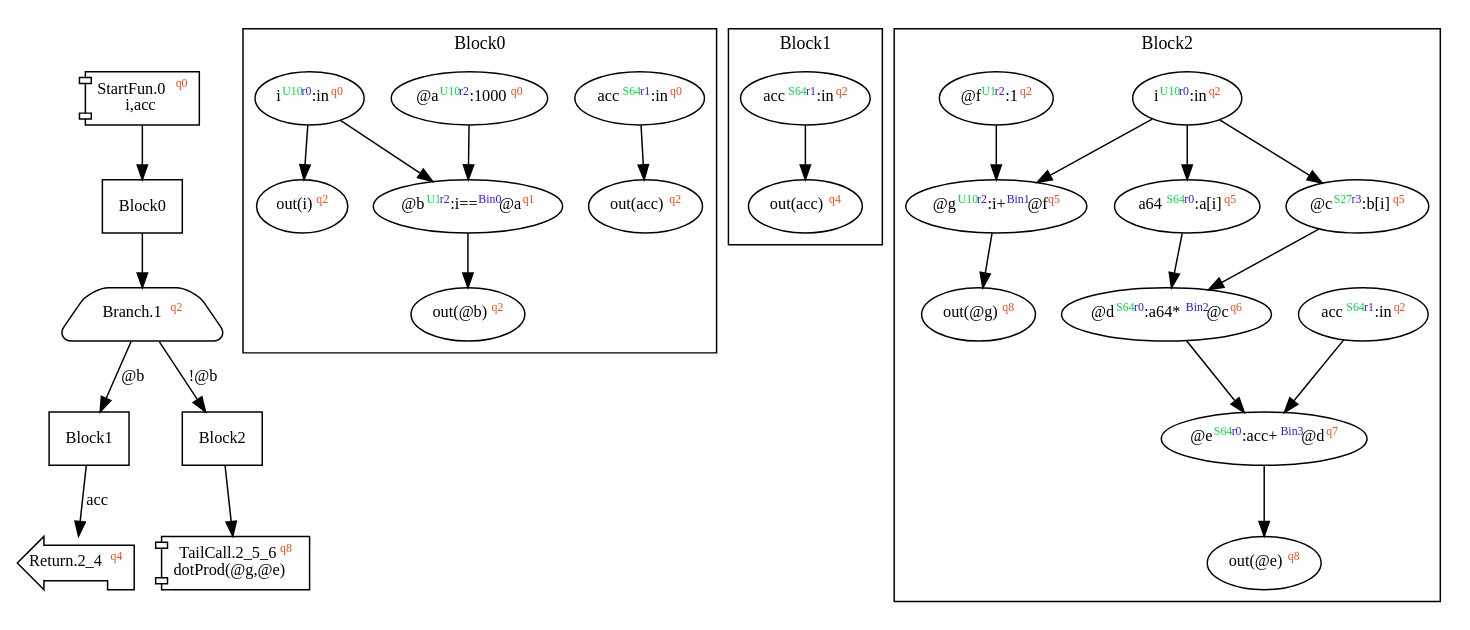
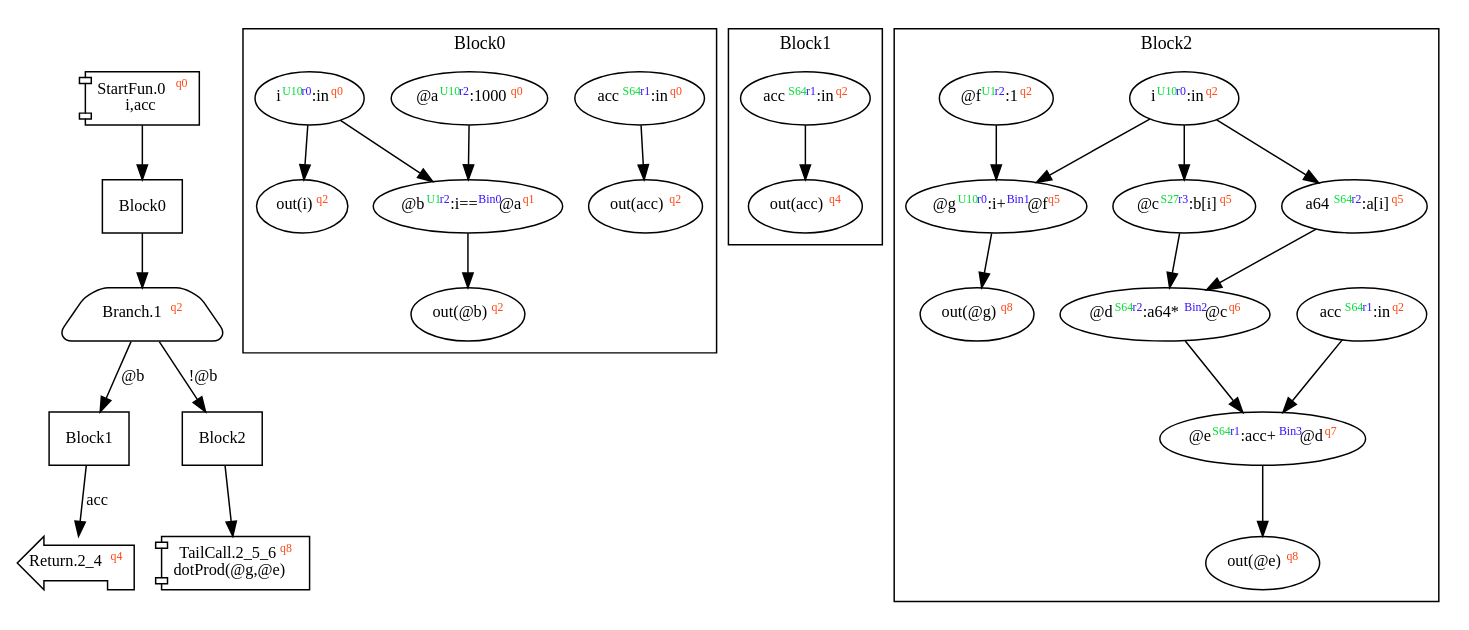
The diagram in dist/dotProd.dot (akouryy/SyntheScala), drawn with Graphviz before and after one commit. The commit also changed 20 other files, not shown here.

Commit message:
Improve GraphDrawer using IndentedStringBuilder

```diff
--- a/dist/dotProd.dot
+++ b/dist/dotProd.dot
@@ -1,46 +1,68 @@
 digraph Program_ {
-graph [fontname = "Monaco", fontsize = 12, ranksep = 0.5];
-node [shape = box, fontname = "Monaco", fontsize = 11; colorscheme = pastel19];
-edge [fontname = "Monaco", fontsize = 11; colorscheme = pastel19];
-Jump0[label = <StartFun.0<font color="#ff4411" point-size="8"><sup>q0</sup></font><br/>i,acc>; shape = component];
-Jump0 -> Block0;
-Jump1[
-  label = <Branch.1<font color="#ff4411" point-size="8"><sup>q2</sup></font>>;
-  shape = trapezium; style = rounded;
-];
-Block0 -> Jump1;
-Jump1 -> Block1 [label="@b"];
-Jump1 -> Block2 [label="!@b"];
-Jump2_4[label = <Return.2_4<font color="#ff4411" point-size="8"><sup>q4</sup></font>>; shape = lpromoter];
-Block1 -> Jump2_4 [label="acc"];
-Jump2_5_6[label = <TailCall.2_5_6<font color="#ff4411" point-size="8"><sup>q8</sup></font><br/>dotProd(@g,@e)>; shape = component];
-Block2 -> Jump2_5_6;
-Block0 [label = "Block0"];
-Block1 [label = "Block1"];
-Block2 [label = "Block2"];
-subgraph cluster_dfg_Block0{
-node [shape = oval];
-label = "Block0";
-ndBlock0_0 [label=<out(acc)<font color="#ff4411" point-size="8"><sup>q2</sup></font>>];ndBlock0_1 [label=<acc<font color="#00dd33" point-size="8"><sup>S64</sup></font><font color="#3311ff" point-size="8"><sup>r1</sup></font>:in<font color="#ff4411" point-size="8"><sup>q0</sup></font>>];ndBlock0_2 [label=<i<font color="#00dd33" point-size="8"><sup>U10</sup></font><font color="#3311ff" point-size="8"><sup>r0</sup></font>:in<font color="#ff4411" point-size="8"><sup>q0</sup></font>>];ndBlock0_3 [label=<out(@b)<font color="#ff4411" point-size="8"><sup>q2</sup></font>>];ndBlock0_4 [label=<@a<font color="#00dd33" point-size="8"><sup>U10</sup></font><font color="#3311ff" point-size="8"><sup>r2</sup></font>:1000<font color="#ff4411" point-size="8"><sup>q0</sup></font>>];ndBlock0_5 [label=<out(i)<font color="#ff4411" point-size="8"><sup>q2</sup></font>>];ndBlock0_6 [label=<@b<font color="#00dd33" point-size="8"><sup>U1</sup></font><font color="#3311ff" point-size="8"><sup>r2</sup></font>:i==<font color="#3311ff" point-size="8"><sup>Bin0</sup></font>@a<font color="#ff4411" point-size="8"><sup>q1</sup></font>>];ndBlock0_2 -> ndBlock0_6;
-ndBlock0_4 -> ndBlock0_6;
-ndBlock0_1 -> ndBlock0_0;
-ndBlock0_6 -> ndBlock0_3;
-ndBlock0_2 -> ndBlock0_5;
-}subgraph cluster_dfg_Block1{
-node [shape = oval];
-label = "Block1";
-ndBlock1_0 [label=<acc<font color="#00dd33" point-size="8"><sup>S64</sup></font><font color="#3311ff" point-size="8"><sup>r1</sup></font>:in<font color="#ff4411" point-size="8"><sup>q2</sup></font>>];ndBlock1_1 [label=<out(acc)<font color="#ff4411" point-size="8"><sup>q4</sup></font>>];ndBlock1_0 -> ndBlock1_1;
-}subgraph cluster_dfg_Block2{
-node [shape = oval];
-label = "Block2";
-ndBlock2_0 [label=<a64<font color="#00dd33" point-size="8"><sup>S64</sup></font><font color="#3311ff" point-size="8"><sup>r0</sup></font>:a[i]<font color="#ff4411" point-size="8"><sup>q5</sup></font>>];ndBlock2_1 [label=<out(@e)<font color="#ff4411" point-size="8"><sup>q8</sup></font>>];ndBlock2_2 [label=<acc<font color="#00dd33" point-size="8"><sup>S64</sup></font><font color="#3311ff" point-size="8"><sup>r1</sup></font>:in<font color="#ff4411" point-size="8"><sup>q2</sup></font>>];ndBlock2_3 [label=<@d<font color="#00dd33" point-size="8"><sup>S64</sup></font><font color="#3311ff" point-size="8"><sup>r0</sup></font>:a64*<font color="#3311ff" point-size="8"><sup>Bin2</sup></font>@c<font color="#ff4411" point-size="8"><sup>q6</sup></font>>];ndBlock2_4 [label=<out(@g)<font color="#ff4411" point-size="8"><sup>q8</sup></font>>];ndBlock2_5 [label=<@e<font color="#00dd33" point-size="8"><sup>S64</sup></font><font color="#3311ff" point-size="8"><sup>r0</sup></font>:acc+<font color="#3311ff" point-size="8"><sup>Bin3</sup></font>@d<font color="#ff4411" point-size="8"><sup>q7</sup></font>>];ndBlock2_6 [label=<@g<font color="#00dd33" point-size="8"><sup>U10</sup></font><font color="#3311ff" point-size="8"><sup>r2</sup></font>:i+<font color="#3311ff" point-size="8"><sup>Bin1</sup></font>@f<font color="#ff4411" point-size="8"><sup>q5</sup></font>>];ndBlock2_7 [label=<@f<font color="#00dd33" point-size="8"><sup>U1</sup></font><font color="#3311ff" point-size="8"><sup>r2</sup></font>:1<font color="#ff4411" point-size="8"><sup>q2</sup></font>>];ndBlock2_8 [label=<i<font color="#00dd33" point-size="8"><sup>U10</sup></font><font color="#3311ff" point-size="8"><sup>r0</sup></font>:in<font color="#ff4411" point-size="8"><sup>q2</sup></font>>];ndBlock2_9 [label=<@c<font color="#00dd33" point-size="8"><sup>S27</sup></font><font color="#3311ff" point-size="8"><sup>r3</sup></font>:b[i]<font color="#ff4411" point-size="8"><sup>q5</sup></font>>];ndBlock2_7 -> ndBlock2_6;
-ndBlock2_8 -> ndBlock2_6;
-ndBlock2_6 -> ndBlock2_4;
-ndBlock2_8 -> ndBlock2_0;
-ndBlock2_8 -> ndBlock2_9;
-ndBlock2_5 -> ndBlock2_1;
-ndBlock2_2 -> ndBlock2_5;
-ndBlock2_3 -> ndBlock2_5;
-ndBlock2_0 -> ndBlock2_3;
-ndBlock2_9 -> ndBlock2_3;
-}}
+  graph [fontname = "Monaco", fontsize = 12, ranksep = 0.5];
+  node [shape = box, fontname = "Monaco", fontsize = 11; colorscheme = pastel19];
+  edge [fontname = "Monaco", fontsize = 11; colorscheme = pastel19];
+  Jump0[label = <StartFun.0<font color="#ff4411" point-size="8"><sup>q0</sup></font><br/>i,acc>; shape = component];
+  Jump0 -> Block0;
+  Jump1[
+    label = <Branch.1<font color="#ff4411" point-size="8"><sup>q2</sup></font>>;
+    shape = trapezium; style = rounded;
+  ];
+  Block0 -> Jump1;
+  Jump1 -> Block1 [label="@b"];
+  Jump1 -> Block2 [label="!@b"];
+  Jump2_4[label = <Return.2_4<font color="#ff4411" point-size="8"><sup>q4</sup></font>>; shape = lpromoter];
+  Block1 -> Jump2_4 [label="acc"];
+  Jump2_5_6[label = <TailCall.2_5_6<font color="#ff4411" point-size="8"><sup>q8</sup></font><br/>dotProd(@g,@e)>; shape = component];
+  Block2 -> Jump2_5_6;
+  Block0 [label = "Block0"];
+  Block1 [label = "Block1"];
+  Block2 [label = "Block2"];
+  subgraph cluster_dfg_Block0 {
+    node [shape = oval];
+    label = "Block0";
+    ndBlock0_0 [label=<out(acc)<font color="#ff4411" point-size="8"><sup>q2</sup></font>>];
+    ndBlock0_1 [label=<acc<font color="#00dd33" point-size="8"><sup>S64</sup></font><font color="#3311ff" point-size="8"><sup>r1</sup></font>:in<font color="#ff4411" point-size="8"><sup>q0</sup></font>>];
+    ndBlock0_2 [label=<i<font color="#00dd33" point-size="8"><sup>U10</sup></font><font color="#3311ff" point-size="8"><sup>r0</sup></font>:in<font color="#ff4411" point-size="8"><sup>q0</sup></font>>];
+    ndBlock0_3 [label=<@a<font color="#00dd33" point-size="8"><sup>U10</sup></font><font color="#3311ff" point-size="8"><sup>r2</sup></font>:1000<font color="#ff4411" point-size="8"><sup>q0</sup></font>>];
+    ndBlock0_4 [label=<out(i)<font color="#ff4411" point-size="8"><sup>q2</sup></font>>];
+    ndBlock0_5 [label=<out(@b)<font color="#ff4411" point-size="8"><sup>q2</sup></font>>];
+    ndBlock0_6 [label=<@b<font color="#00dd33" point-size="8"><sup>U1</sup></font><font color="#3311ff" point-size="8"><sup>r2</sup></font>:i==<font color="#3311ff" point-size="8"><sup>Bin0</sup></font>@a<font color="#ff4411" point-size="8"><sup>q1</sup></font>>];
+    ndBlock0_1 -> ndBlock0_0;
+    ndBlock0_2 -> ndBlock0_4;
+    ndBlock0_2 -> ndBlock0_6;
+    ndBlock0_3 -> ndBlock0_6;
+    ndBlock0_6 -> ndBlock0_5;
+  }
+  subgraph cluster_dfg_Block1 {
+    node [shape = oval];
+    label = "Block1";
+    ndBlock1_0 [label=<acc<font color="#00dd33" point-size="8"><sup>S64</sup></font><font color="#3311ff" point-size="8"><sup>r1</sup></font>:in<font color="#ff4411" point-size="8"><sup>q2</sup></font>>];
+    ndBlock1_1 [label=<out(acc)<font color="#ff4411" point-size="8"><sup>q4</sup></font>>];
+    ndBlock1_0 -> ndBlock1_1;
+  }
+  subgraph cluster_dfg_Block2 {
+    node [shape = oval];
+    label = "Block2";
+    ndBlock2_0 [label=<a64<font color="#00dd33" point-size="8"><sup>S64</sup></font><font color="#3311ff" point-size="8"><sup>r2</sup></font>:a[i]<font color="#ff4411" point-size="8"><sup>q5</sup></font>>];
+    ndBlock2_1 [label=<out(@e)<font color="#ff4411" point-size="8"><sup>q8</sup></font>>];
+    ndBlock2_2 [label=<acc<font color="#00dd33" point-size="8"><sup>S64</sup></font><font color="#3311ff" point-size="8"><sup>r1</sup></font>:in<font color="#ff4411" point-size="8"><sup>q2</sup></font>>];
+    ndBlock2_3 [label=<out(@g)<font color="#ff4411" point-size="8"><sup>q8</sup></font>>];
+    ndBlock2_4 [label=<@d<font color="#00dd33" point-size="8"><sup>S64</sup></font><font color="#3311ff" point-size="8"><sup>r2</sup></font>:a64*<font color="#3311ff" point-size="8"><sup>Bin2</sup></font>@c<font color="#ff4411" point-size="8"><sup>q6</sup></font>>];
+    ndBlock2_5 [label=<@e<font color="#00dd33" point-size="8"><sup>S64</sup></font><font color="#3311ff" point-size="8"><sup>r1</sup></font>:acc+<font color="#3311ff" point-size="8"><sup>Bin3</sup></font>@d<font color="#ff4411" point-size="8"><sup>q7</sup></font>>];
+    ndBlock2_6 [label=<i<font color="#00dd33" point-size="8"><sup>U10</sup></font><font color="#3311ff" point-size="8"><sup>r0</sup></font>:in<font color="#ff4411" point-size="8"><sup>q2</sup></font>>];
+    ndBlock2_7 [label=<@c<font color="#00dd33" point-size="8"><sup>S27</sup></font><font color="#3311ff" point-size="8"><sup>r3</sup></font>:b[i]<font color="#ff4411" point-size="8"><sup>q5</sup></font>>];
+    ndBlock2_8 [label=<@f<font color="#00dd33" point-size="8"><sup>U1</sup></font><font color="#3311ff" point-size="8"><sup>r2</sup></font>:1<font color="#ff4411" point-size="8"><sup>q2</sup></font>>];
+    ndBlock2_9 [label=<@g<font color="#00dd33" point-size="8"><sup>U10</sup></font><font color="#3311ff" point-size="8"><sup>r0</sup></font>:i+<font color="#3311ff" point-size="8"><sup>Bin1</sup></font>@f<font color="#ff4411" point-size="8"><sup>q5</sup></font>>];
+    ndBlock2_0 -> ndBlock2_4;
+    ndBlock2_2 -> ndBlock2_5;
+    ndBlock2_4 -> ndBlock2_5;
+    ndBlock2_5 -> ndBlock2_1;
+    ndBlock2_6 -> ndBlock2_0;
+    ndBlock2_6 -> ndBlock2_7;
+    ndBlock2_6 -> ndBlock2_9;
+    ndBlock2_7 -> ndBlock2_4;
+    ndBlock2_8 -> ndBlock2_9;
+    ndBlock2_9 -> ndBlock2_3;
+  }
+}
```
